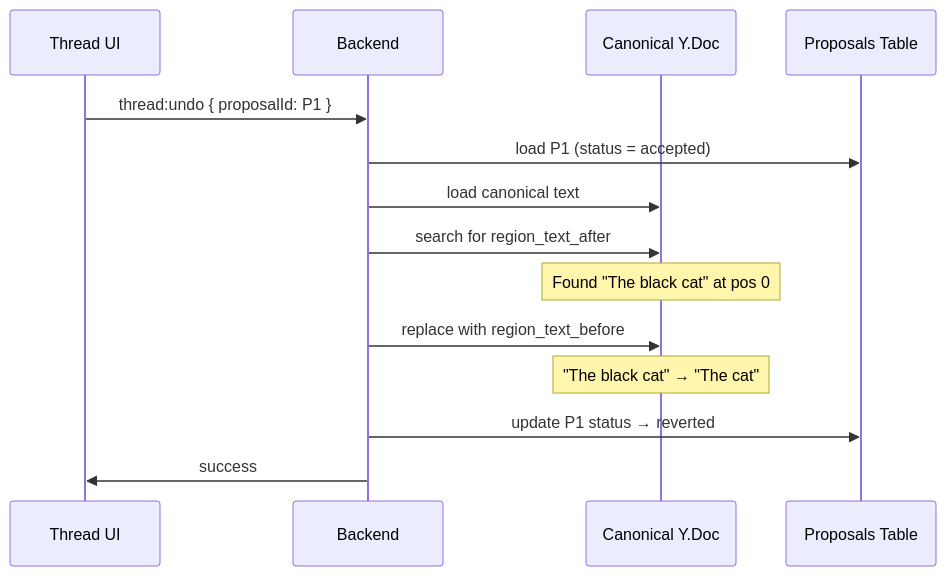
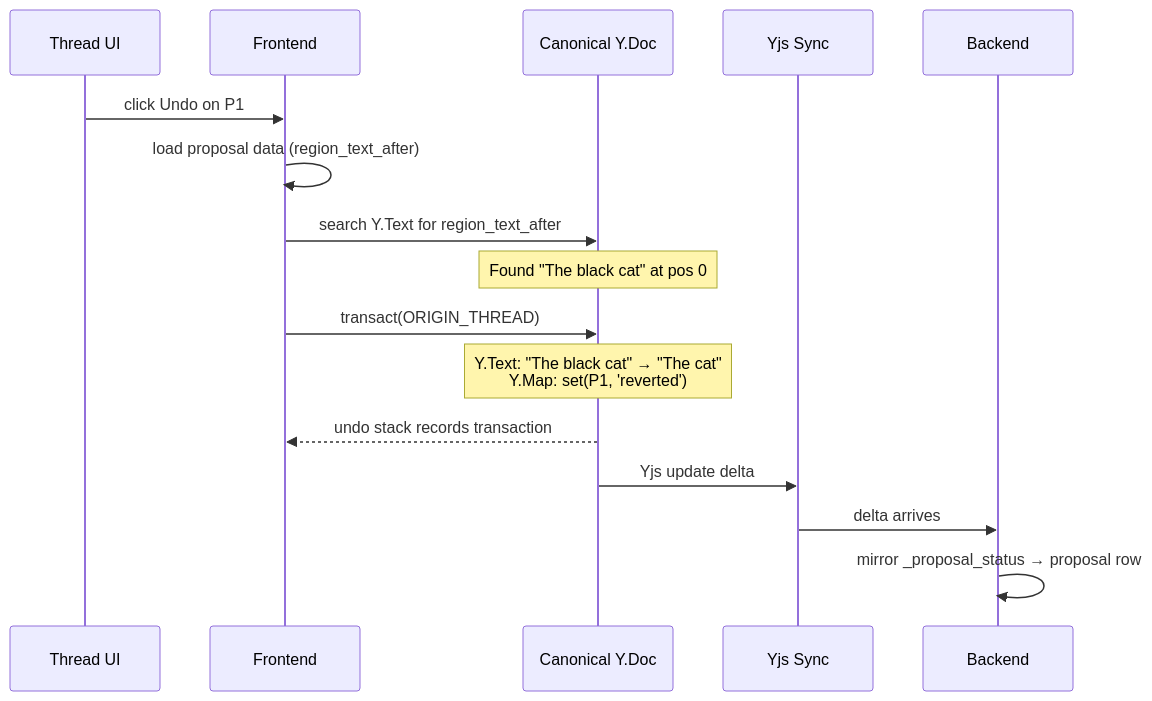
Before and after one commit to haowjy/meridian-flow: the diagram in _docs/plans/collab-review-v2/spec/thread-level-undo.md, drawn with Mermaid. The commit also changed other lines of this file and 9 other files, not shown here.

First line of the commit message:
collab-v2: unify thread undo/reapply, rename _proposal_status, local-first thread ops

````diff
--- a/_docs/plans/collab-review-v2/spec/thread-level-undo.md
+++ b/_docs/plans/collab-review-v2/spec/thread-level-undo.md
@@ -17,17 +17,19 @@
 ```mermaid
 sequenceDiagram
     participant UI as Thread UI
+    participant FE as Frontend
+    participant YDoc as Canonical Y.Doc
+    participant Sync as Yjs Sync
     participant BE as Backend
-    participant Doc as Canonical Y.Doc
-    participant DB as Proposals Table
 
-    UI->>BE: thread:undo { proposalId: P1 }
-    BE->>DB: load P1 (status = accepted)
-    BE->>Doc: load canonical text
-    BE->>Doc: search for region_text_after
-    Note over Doc: Found "The black cat" at pos 0
-    BE->>Doc: replace with region_text_before
-    Note over Doc: "The black cat" → "The cat"
-    BE->>DB: update P1 status → reverted
-    BE->>UI: success
+    UI->>FE: click Undo on P1
+    FE->>FE: load proposal data (region_text_after)
+    FE->>YDoc: search Y.Text for region_text_after
+    Note over YDoc: Found "The black cat" at pos 0
+    FE->>YDoc: transact(ORIGIN_THREAD)
+    Note over YDoc: Y.Text: "The black cat" → "The cat"<br/>Y.Map: set(P1, 'reverted')
+    YDoc-->>FE: undo stack records transaction
+    YDoc->>Sync: Yjs update delta
+    Sync->>BE: delta arrives
+    BE->>BE: mirror _proposal_status → proposal row
 ```
````
